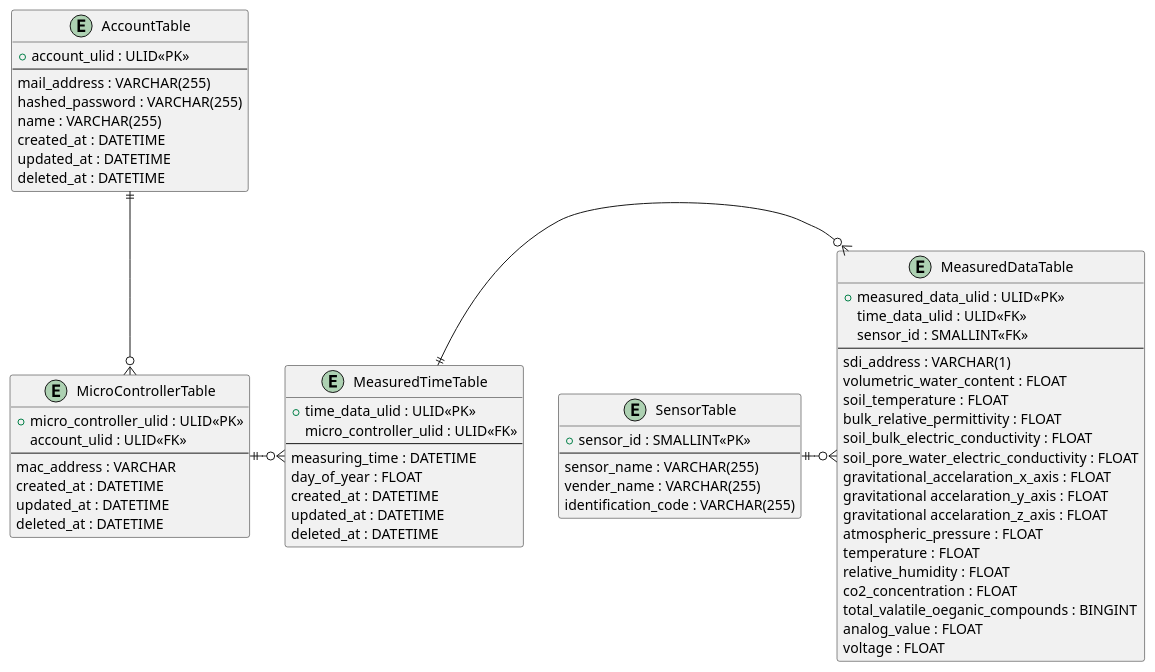
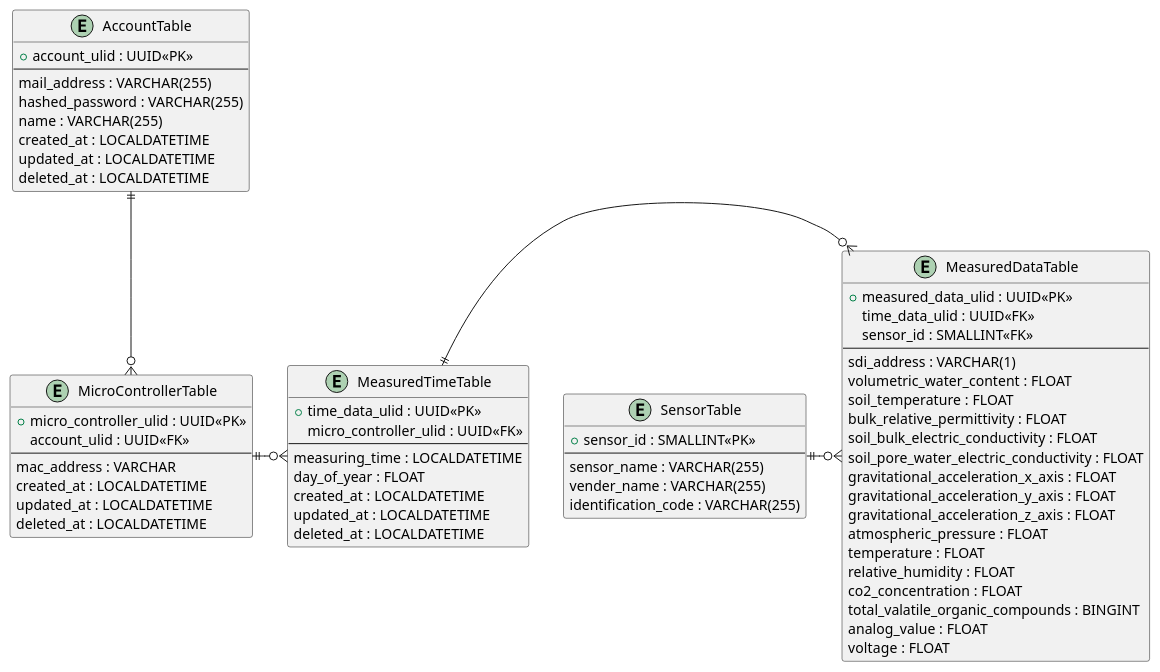
The diagram in document/er.puml (mktkhr/stamp-iot), drawn with PlantUML before and after one commit.

Commit message:
plantUMLの型およびタイポの修正 #33

```diff
--- a/document/er.puml
+++ b/document/er.puml
@@ -1,70 +1,70 @@
 @startuml stamp-iot 
 entity "AccountTable" {
-    +account_ulid : ULID<<PK>>
+    +account_ulid : UUID<<PK>>
     --
     mail_address : VARCHAR(255)
     hashed_password : VARCHAR(255)
     name : VARCHAR(255)
-    created_at : DATETIME
-    updated_at : DATETIME
-    deleted_at : DATETIME
+    created_at : LOCALDATETIME
+    updated_at : LOCALDATETIME
+    deleted_at : LOCALDATETIME
 }
 
 entity "MicroControllerTable" {
-    +micro_controller_ulid : ULID<<PK>>
-    account_ulid : ULID<<FK>>
+    +micro_controller_ulid : UUID<<PK>>
+    account_ulid : UUID<<FK>>
     --
     mac_address : VARCHAR
-    created_at : DATETIME
-    updated_at : DATETIME
-    deleted_at : DATETIME
+    created_at : LOCALDATETIME
+    updated_at : LOCALDATETIME
+    deleted_at : LOCALDATETIME
 }
 
 entity "MeasuredTimeTable" {
-    +time_data_ulid : ULID<<PK>>
-    micro_controller_ulid : ULID<<FK>>
+    +time_data_ulid : UUID<<PK>>
+    micro_controller_ulid : UUID<<FK>>
     --
-    measuring_time : DATETIME
+    measuring_time : LOCALDATETIME
     day_of_year : FLOAT
-    created_at : DATETIME
-    updated_at : DATETIME
-    deleted_at : DATETIME
+    created_at : LOCALDATETIME
+    updated_at : LOCALDATETIME
+    deleted_at : LOCALDATETIME
 }
 
 entity "MeasuredDataTable" {
-    +measured_data_ulid : ULID<<PK>>
-    time_data_ulid : ULID<<FK>>
+    +measured_data_ulid : UUID<<PK>>
+    time_data_ulid : UUID<<FK>>
     sensor_id : SMALLINT<<FK>>
     --
     sdi_address : VARCHAR(1)
     volumetric_water_content : FLOAT
     soil_temperature : FLOAT
     bulk_relative_permittivity : FLOAT
     soil_bulk_electric_conductivity : FLOAT
     soil_pore_water_electric_conductivity : FLOAT
-    gravitational_accelaration_x_axis : FLOAT
-    gravitational accelaration_y_axis : FLOAT
-    gravitational accelaration_z_axis : FLOAT
+    gravitational_acceleration_x_axis : FLOAT
+    gravitational_acceleration_y_axis : FLOAT
+    gravitational_acceleration_z_axis : FLOAT
     atmospheric_pressure : FLOAT
     temperature : FLOAT
     relative_humidity : FLOAT
     co2_concentration : FLOAT
-    total_valatile_oeganic_compounds : BINGINT
+    total_valatile_organic_compounds : BINGINT
     analog_value : FLOAT
     voltage : FLOAT
 }
 
 entity "SensorTable" {
     +sensor_id : SMALLINT<<PK>>
     --
     sensor_name : VARCHAR(255)
     vender_name : VARCHAR(255)
     identification_code : VARCHAR(255)
 }
 
 AccountTable ||-d-o{ MicroControllerTable
 MicroControllerTable ||-r-o{ MeasuredTimeTable
 MeasuredTimeTable ||-r-o{ MeasuredDataTable
 SensorTable ||-o{ MeasuredDataTable
 
 @enduml
```
